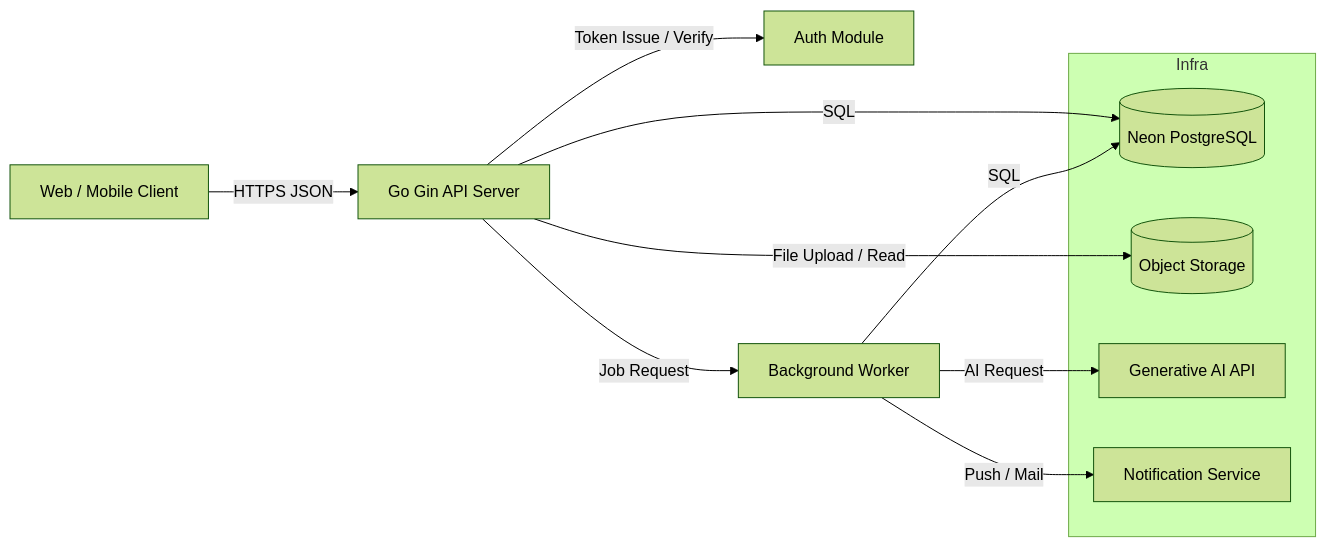
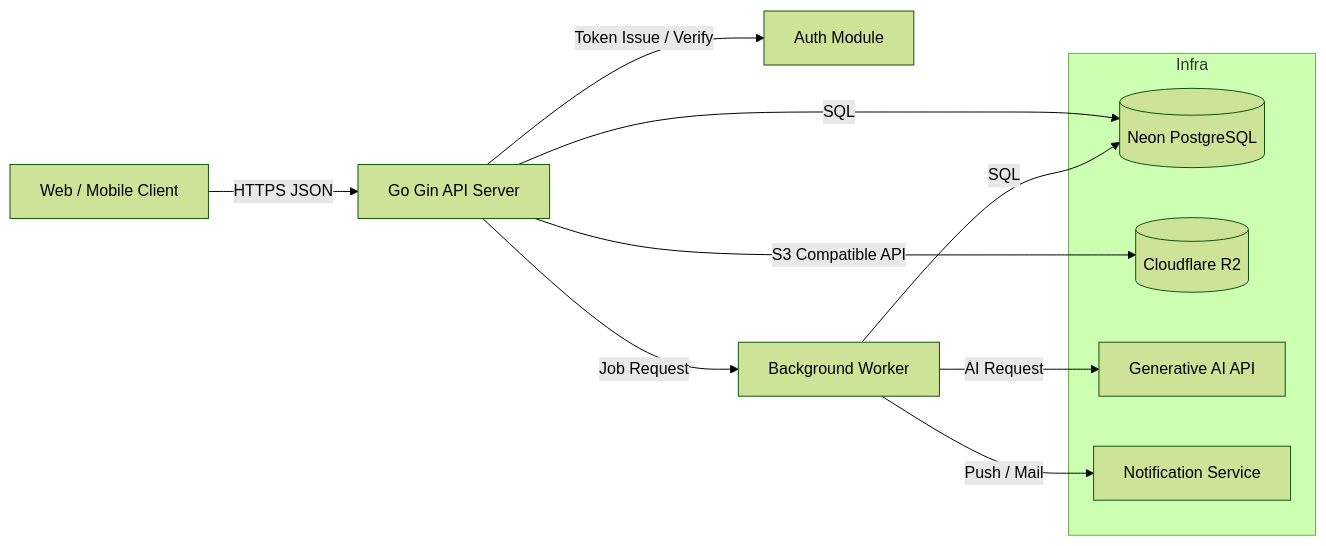
Before and after one commit to Electric-Sheep-team6/backend: the first of 5 diagrams in doc/basic_design/architecture.md, drawn with Mermaid (forest theme). The commit also changed other lines of this file and 2 other files, not shown here.

Commit message:
docs: Cloudflare R2をメディアファイルの保存先として明記し、開発環境のストレージ設定を追加

````diff
--- a/doc/basic_design/architecture.md
+++ b/doc/basic_design/architecture.md
@@ -7,18 +7,18 @@
 ```mermaid
 graph LR
   Web[Web / Mobile Client] -->|HTTPS JSON| API[Go Gin API Server]
   API -->|SQL| DB[(Neon PostgreSQL)]
-  API -->|File Upload / Read| Storage[(Object Storage)]
+  API -->|S3 Compatible API| Storage[(Cloudflare R2)]
   API -->|Token Issue / Verify| Auth[Auth Module]
   API -->|Job Request| Worker[Background Worker]
   Worker -->|SQL| DB
   Worker -->|AI Request| AI[Generative AI API]
   Worker -->|Push / Mail| Notify[Notification Service]
 
   subgraph Infra
     DB
     Storage
     AI
     Notify
   end
 ```
````
